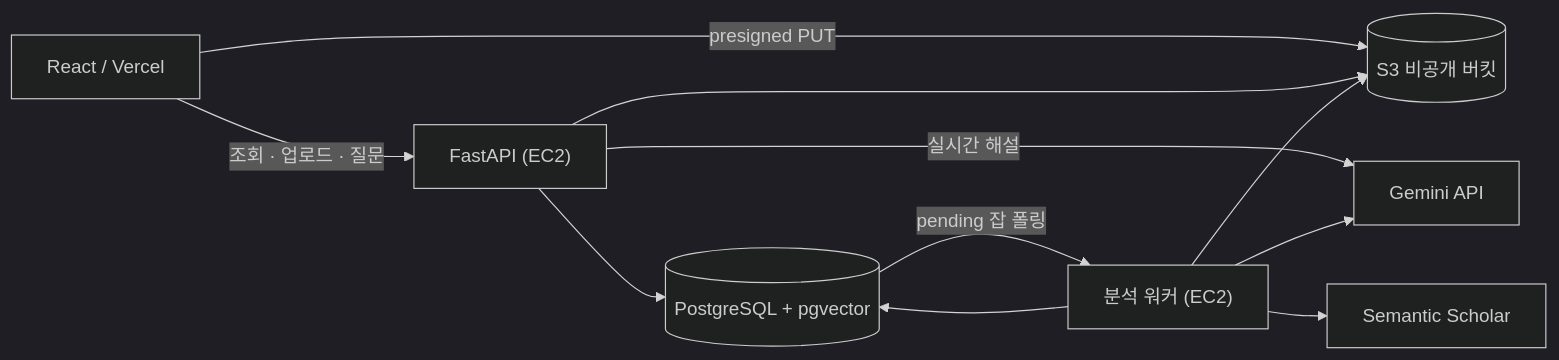
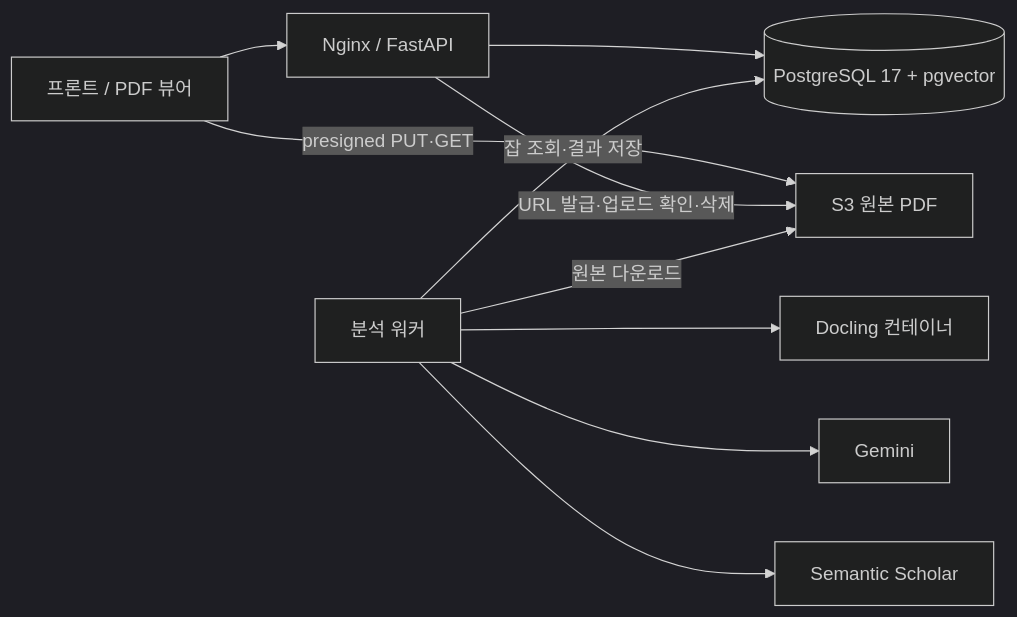
The diagram in docs/architecture.md (NLP-Ieobom/Ieobom), drawn with Mermaid (dark theme) before and after one commit. The commit also changed other lines of this file and 9 other files, not shown here.

````diff
--- a/docs/architecture.md
+++ b/docs/architecture.md
@@ -5,21 +7,12 @@
 ```mermaid
 flowchart LR
-    FE["React / Vercel"]
-    API["FastAPI (EC2)"]
-    WK["분석 워커 (EC2)"]
-    PG[("PostgreSQL + pgvector")]
-    S3[("S3 비공개 버킷")]
-    GEM["Gemini API"]
-    SS["Semantic Scholar"]
-
-    FE -- "조회 · 업로드 · 질문" --> API
-    FE -- "presigned PUT" --> S3
-    API --> PG
-    API --> S3
-    API -- "실시간 해설" --> GEM
-    PG -- "pending 잡 폴링" --> WK
-    WK --> PG
-    WK --> S3
-    WK --> GEM
-    WK --> SS
+    FE["프론트 / PDF 뷰어"] --> API["Nginx / FastAPI"]
+    FE -- "presigned PUT·GET" --> S3["S3 원본 PDF"]
+    API --> DB[("PostgreSQL 17 + pgvector")]
+    API -- "URL 발급·업로드 확인·삭제" --> S3
+    WK["분석 워커"] -- "잡 조회·결과 저장" --> DB
+    WK -- "원본 다운로드" --> S3
+    WK --> DOC["Docling 컨테이너"]
+    WK --> GEM["Gemini"]
+    WK --> SS["Semantic Scholar"]
 ```
````
